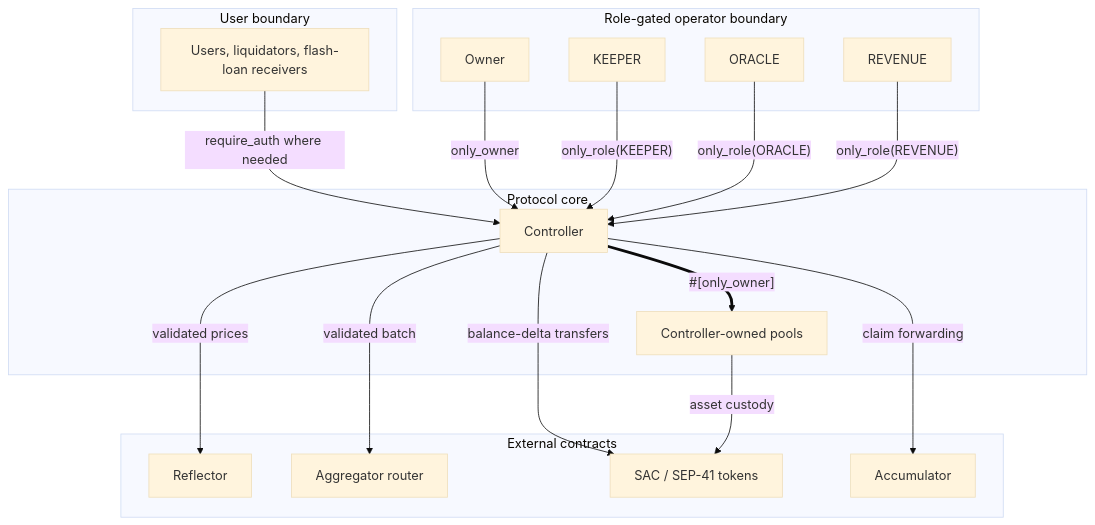
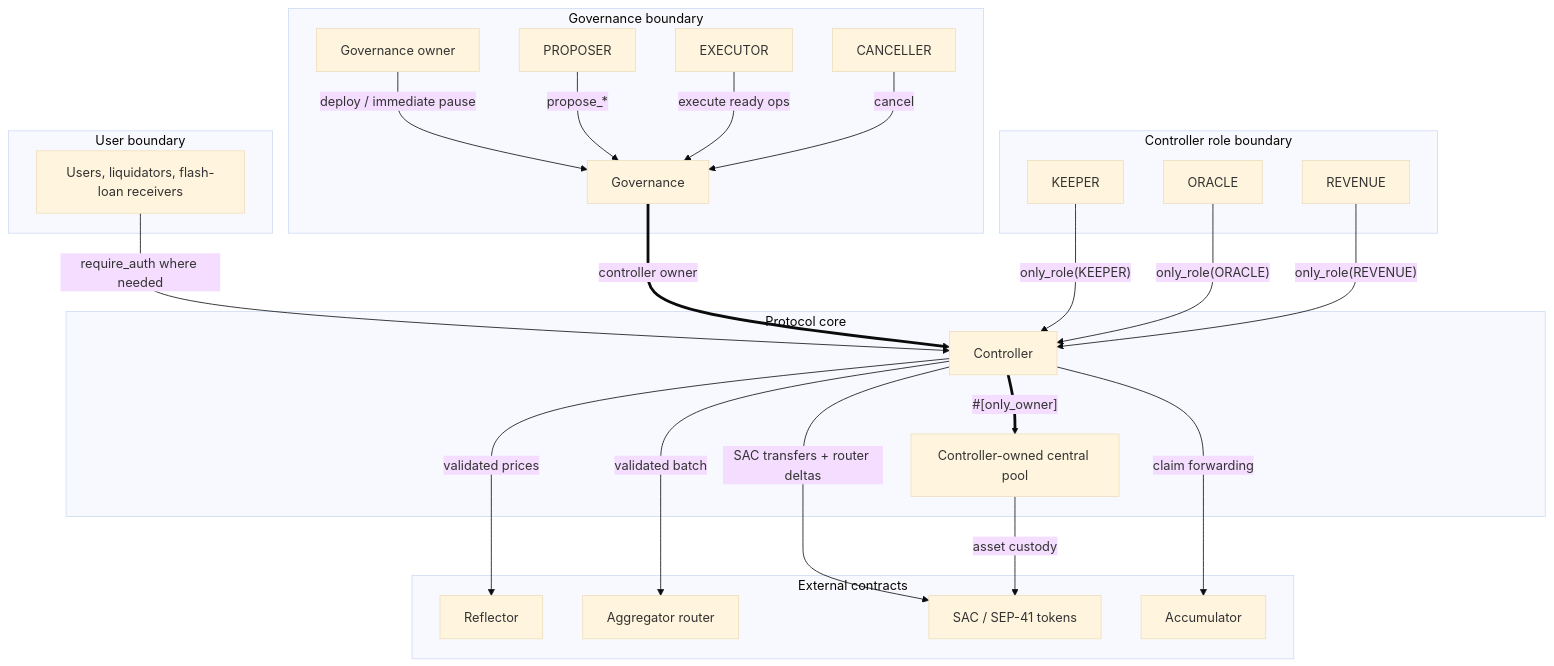
One commit to XOXNO/rs-lending-xlm changed diagram 11 of 14 in SCF_BUILD_ARCHITECTURE.md. Above: the diagram before and after it, drawn with Mermaid (base theme). The commit also changed other lines of this file and 35 other files, not shown here.

````diff
--- a/SCF_BUILD_ARCHITECTURE.md
+++ b/SCF_BUILD_ARCHITECTURE.md
@@ -873,37 +935,48 @@
 ```mermaid
 flowchart TB
     subgraph UserBoundary["User boundary"]
         Users["Users, liquidators, flash-loan receivers"]
     end
 
-    subgraph OperatorBoundary["Role-gated operator boundary"]
-        Owner["Owner"]
+    subgraph GovernanceBoundary["Governance boundary"]
+        GovOwner["Governance owner"]
+        Proposer["PROPOSER"]
+        Executor["EXECUTOR"]
+        Canceller["CANCELLER"]
+        Governance["Governance"]
+    end
+
+    subgraph OperatorBoundary["Controller role boundary"]
         Keeper["KEEPER"]
         Oracle["ORACLE"]
         Revenue["REVENUE"]
     end
 
     subgraph ProtocolCore["Protocol core"]
         Controller["Controller"]
-        Pools["Controller-owned pools"]
+        Pool["Controller-owned central pool"]
     end
 
     subgraph ExternalBoundary["External contracts"]
         Reflector["Reflector"]
         Router["Aggregator router"]
         Tokens["SAC / SEP-41 tokens"]
         Accumulator["Accumulator"]
     end
 
     Users -->|"require_auth where needed"| Controller
-    Owner -->|"only_owner"| Controller
+    GovOwner -->|"deploy / immediate pause"| Governance
+    Proposer -->|"propose_*"| Governance
+    Executor -->|"execute ready ops"| Governance
+    Canceller -->|"cancel"| Governance
+    Governance ==>|"controller owner"| Controller
     Keeper -->|"only_role(KEEPER)"| Controller
     Oracle -->|"only_role(ORACLE)"| Controller
     Revenue -->|"only_role(REVENUE)"| Controller
-    Controller ==>|"#[only_owner]"| Pools
+    Controller ==>|"#[only_owner]"| Pool
     Controller -->|"validated prices"| Reflector
     Controller -->|"validated batch"| Router
-    Controller -->|"balance-delta transfers"| Tokens
-    Pools -->|"asset custody"| Tokens
+    Controller -->|"SAC transfers + router deltas"| Tokens
+    Pool -->|"asset custody"| Tokens
     Controller -->|"claim forwarding"| Accumulator
 ```
````
